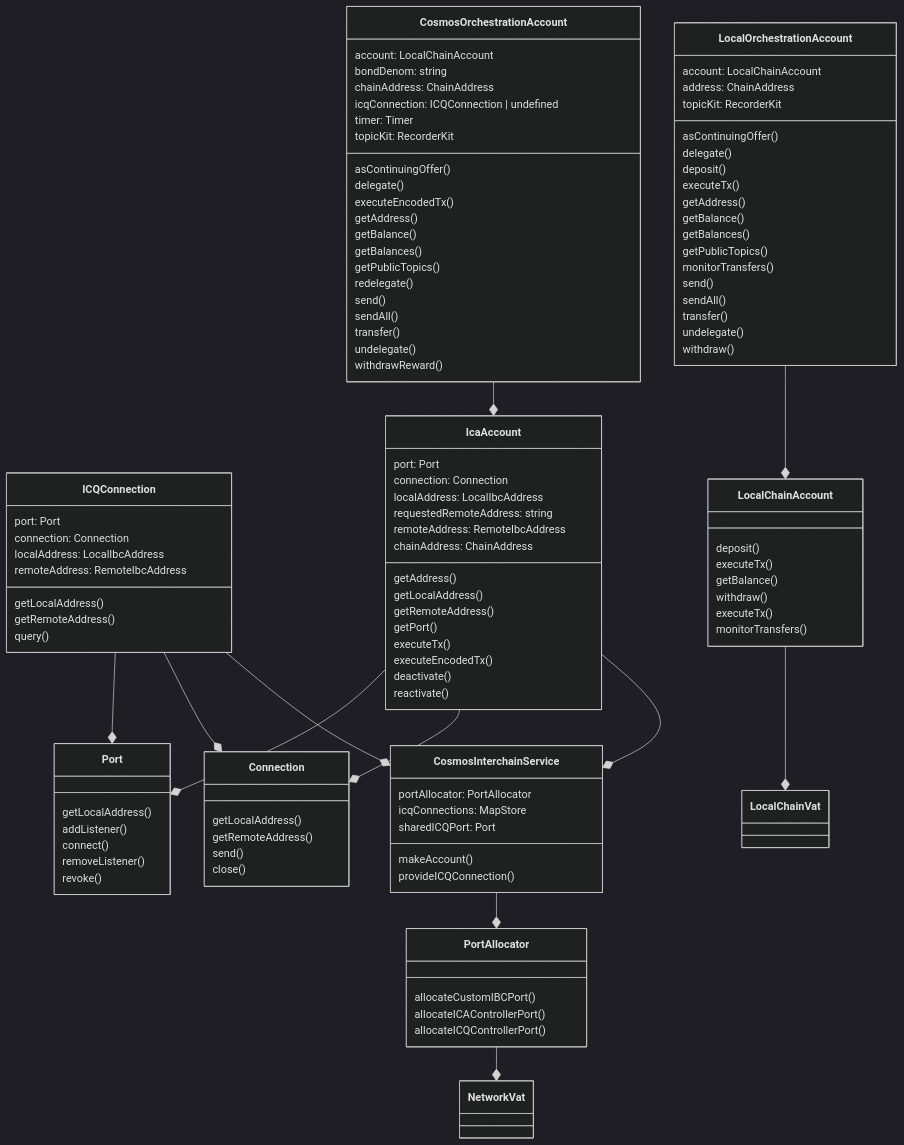
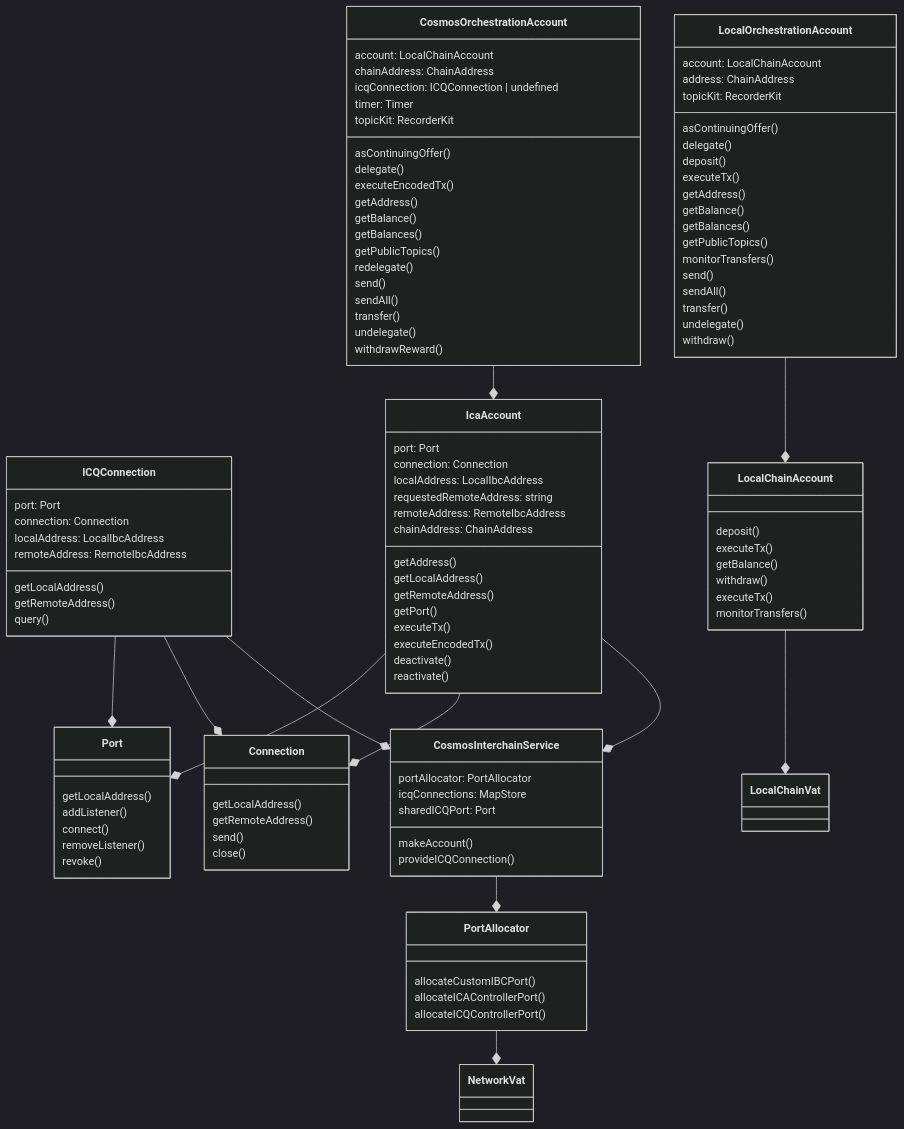
Before and after one commit to Agoric/agoric-sdk: the diagram in packages/orchestration/src/exos/README.md, drawn with Mermaid (dark theme). The commit also changed 9 other files, not shown here.

Commit message:
feat: delegate allows any bondDenom

```diff
--- a/packages/orchestration/src/exos/README.md
+++ b/packages/orchestration/src/exos/README.md
@@ -108,7 +108,6 @@
 
     class CosmosOrchestrationAccount {
       account: LocalChainAccount
-      bondDenom: string
       chainAddress: ChainAddress
       icqConnection: ICQConnection | undefined
       timer: Timer
```
